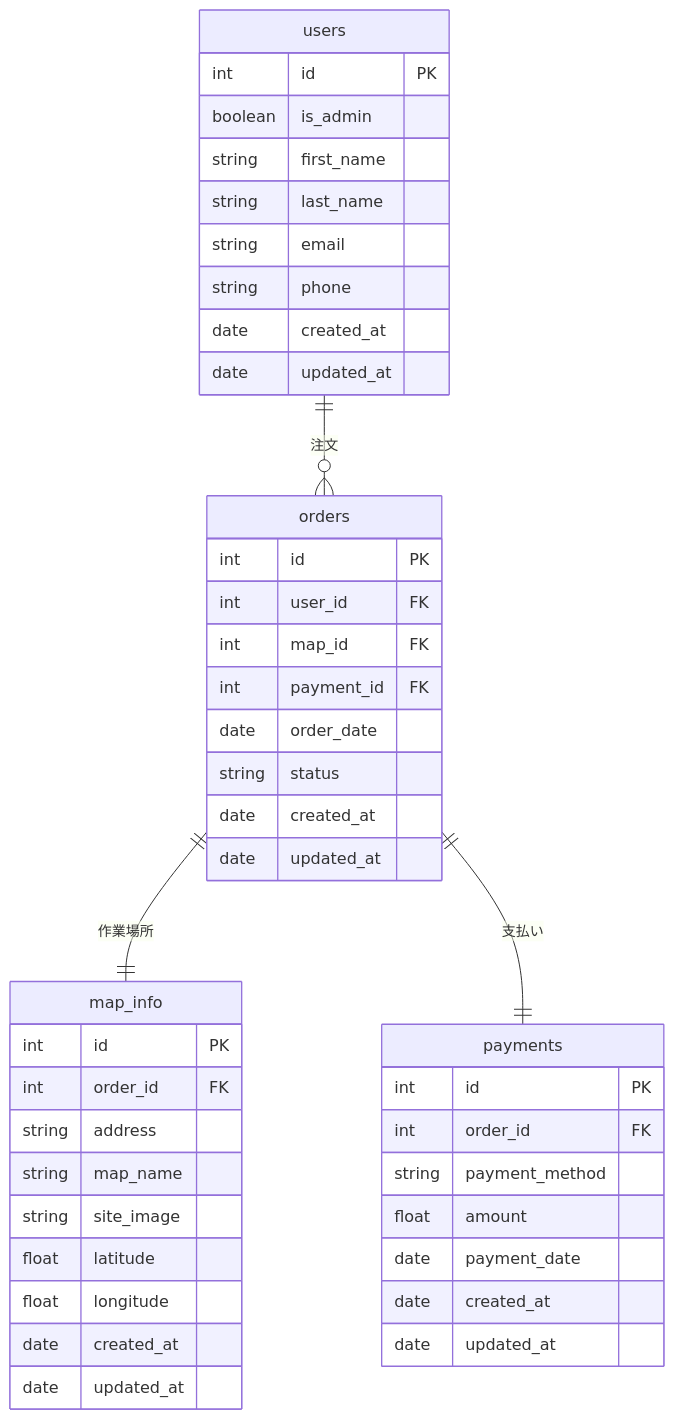
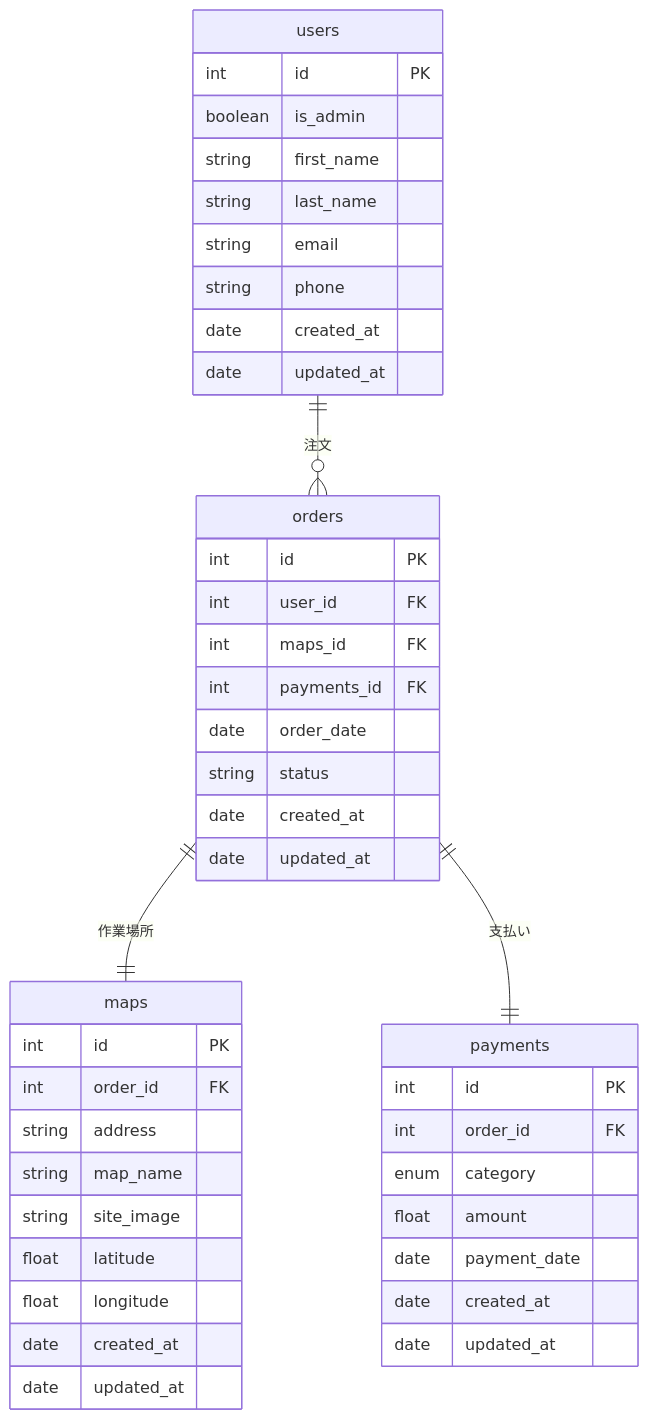
The diagram in docs/er.md (mitsukura/shikimori), drawn with Mermaid before and after one commit.

Commit message:
fix(docs):  ER図の修正

````diff
--- a/docs/er.md
+++ b/docs/er.md
@@ -3,53 +3,53 @@
 ```mermaid
 erDiagram
 
 %% エンティティ定義
 users ||--o{ orders : "注文"
-orders ||--|| map_info : "作業場所"
+orders ||--|| maps : "作業場所"
 orders ||--|| payments : "支払い"
 
 %% エンティティ詳細
 users {
   int id PK
   boolean is_admin
   string first_name
   string last_name
   string email
   string phone
   date created_at
   date updated_at
 }
 
 orders {
   int id PK
   int user_id FK
-  int map_id FK
-  int payment_id FK
+  int maps_id FK
+  int payments_id FK
   date order_date
   string status
   date created_at
   date updated_at
 }
 
-map_info {
+maps{
   int id PK
   int order_id FK
   string address
   string map_name
   string site_image
   float latitude
   float longitude
   date created_at
   date updated_at
 }
 
 payments {
   int id PK
   int order_id FK
-  string payment_method
+  enum category
   float amount
   date payment_date
   date created_at
   date updated_at
 }
 ```
````
